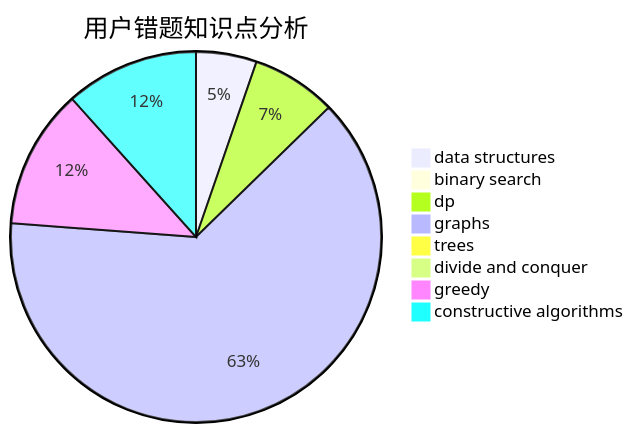
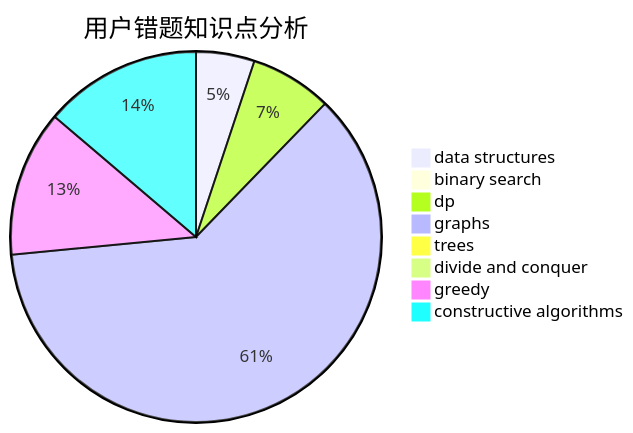
Before and after one commit to sherpahu/cfrs.github.io: the third of 3 diagrams in docs/user/u1817.md, drawn with Mermaid. The commit also changed other lines of this file and 2770 other files, not shown here.

````diff
--- a/docs/user/u1817.md
+++ b/docs/user/u1817.md
@@ -36,11 +36,11 @@
 ```mermaid
 pie title 用户错题知识点分析
     "data structures" :  10
     "binary search" :  0
     "dp" :  14
     "graphs" :  120
     "trees" :  0
     "divide and conquer" :  0
-    "greedy" :  23
-    "constructive algorithms" :  22
+    "greedy" :  25
+    "constructive algorithms" :  27
 ```
````
